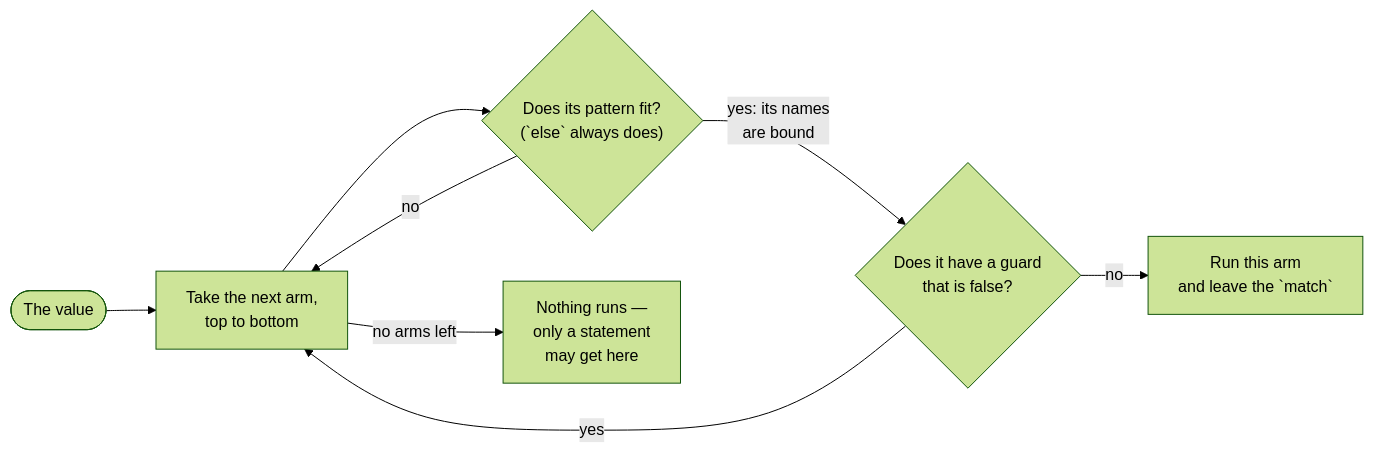
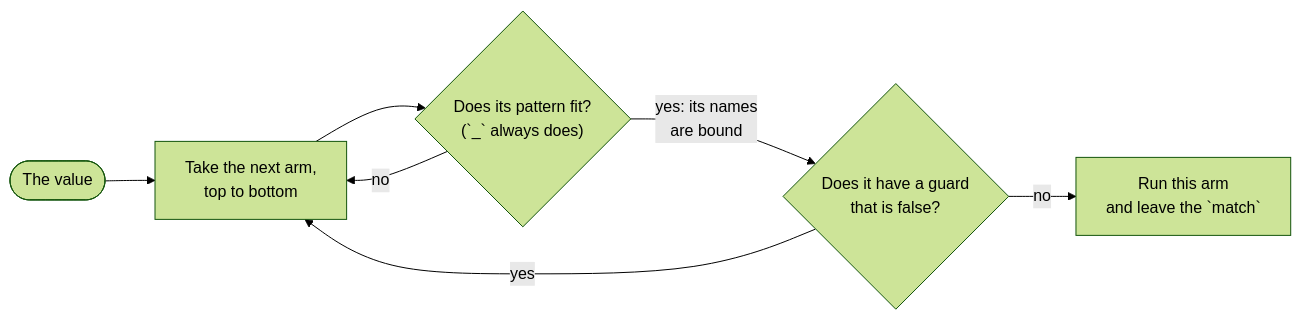
One commit to rux-lang/Web changed the diagram in content/docs/1.learn/07.patterns/00.index.md. Above: the diagram before and after it, drawn with Mermaid (forest theme). The commit also changed other lines of this file and 736 other files, not shown here.

````diff
--- a/content/docs/1.learn/07.patterns/00.index.md
+++ b/content/docs/1.learn/07.patterns/00.index.md
@@ -26,10 +26,9 @@
 ```mermaid
 flowchart LR
     v(["The value"]) --> arm["Take the next arm,<br/>top to bottom"]
-    arm --> p{"Does its pattern fit?<br/>(`else` always does)"}
+    arm --> p{"Does its pattern fit?<br/>(`_` always does)"}
     p -- "no" --> arm
     p -- "yes: its names<br/>are bound" --> g{"Does it have a guard<br/>that is false?"}
     g -- "yes" --> arm
     g -- "no" --> run["Run this arm<br/>and leave the `match`"]
-    arm -- "no arms left" --> skip["Nothing runs —<br/>only a statement<br/>may get here"]
 ```
````
